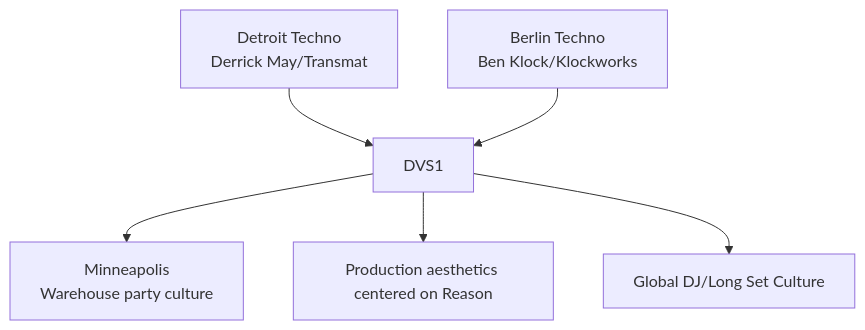
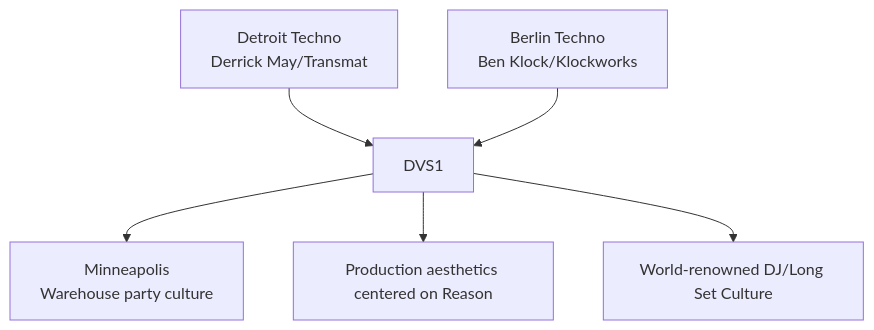
One commit to monumental-movement/monumental-movement.github.io changed the diagram in en/_posts/2025-11-18-column-dvs1.md. Above: the diagram before and after it, drawn with Mermaid. The commit also changed other lines of this file and 399 other files, not shown here.

```diff
--- a/en/_posts/2025-11-18-column-dvs1.md
+++ b/en/_posts/2025-11-18-column-dvs1.md
@@ -249,10 +249,10 @@
 <div class="mermaid">
 
 graph TD
 A[Detroit Techno<br>Derrick May/Transmat] --> C[DVS1]
 B[Berlin Techno<br>Ben Klock/Klockworks] --> C
 C --> D[Minneapolis<br>Warehouse party culture]
 C --> E[Production aesthetics centered on Reason]
-C --> F[Global DJ/Long Set Culture]
+C --> F[World-renowned DJ/Long Set Culture]
 
 </div>
```
